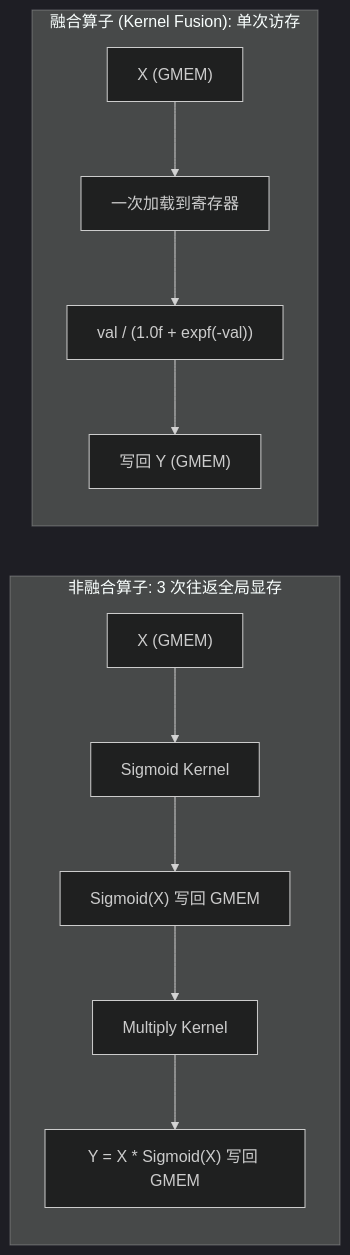
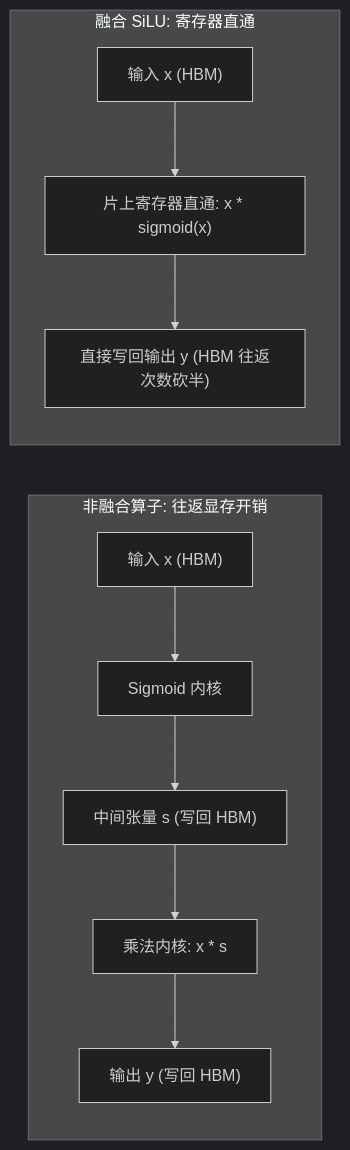
Before and after one commit to hsthanb4/hpclearning: the first of 2 diagrams in cuda/lesson11_silu.qmd, drawn with Mermaid (dark theme). The commit also changed other lines of this file and 89 other files, not shown here.

Commit message:
style(docs): relocate images and diagrams adjacent to their textual references across all lessons

````diff
--- a/cuda/lesson11_silu.qmd
+++ b/cuda/lesson11_silu.qmd
@@ -30,12 +37,15 @@
 ```{mermaid}
 flowchart LR
-    subgraph Separate["非融合算子: 3 次往返全局显存"]
+    subgraph NonFused["非融合算子: 往返显存开销"]
         direction TB
-        X1["X (GMEM)"] --> Sig["Sigmoid Kernel"] --> S_out["Sigmoid(X) 写回 GMEM"]
-        S_out --> Mul["Multiply Kernel"] --> Y1["Y = X * Sigmoid(X) 写回 GMEM"]
+        X1["输入 x (HBM)"] --> Sigmoid["Sigmoid 内核"]
+        Sigmoid --> Mid["中间张量 s (写回 HBM)"]
+        Mid --> Mul["乘法内核: x * s"]
+        Mul --> Out1["输出 y (写回 HBM)"]
     end
-    subgraph Fused["融合算子 (Kernel Fusion): 单次访存"]
+    subgraph Fused["融合 SiLU: 寄存器直通"]
         direction TB
-        X2["X (GMEM)"] --> Load["一次加载到寄存器"] --> Math["val / (1.0f + expf(-val))"] --> Y2["写回 Y (GMEM)"]
+        X2["输入 x (HBM)"] --> Reg["片上寄存器直通: x * sigmoid(x)"]
+        Reg --> Out2["直接写回输出 y (HBM 往返次数砍半)"]
     end
 ```
````
